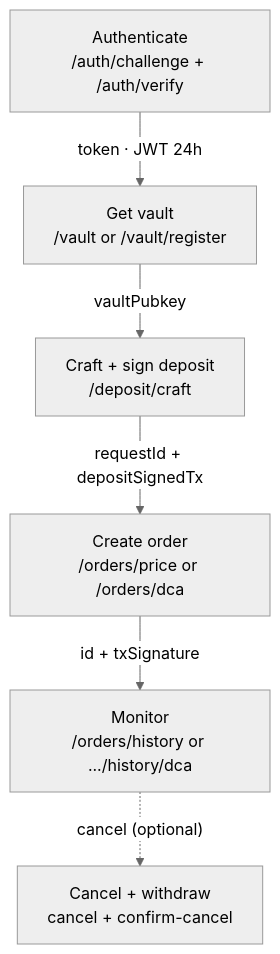
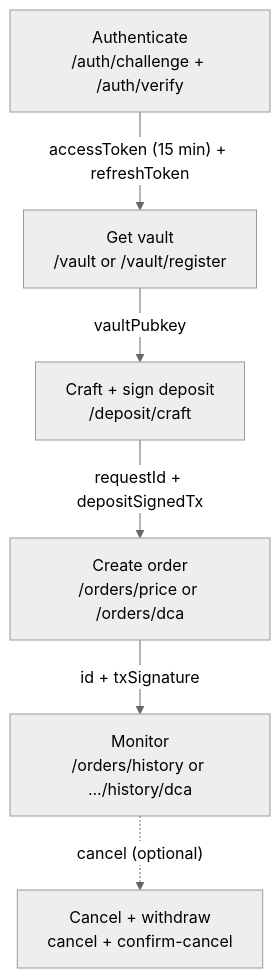
Before and after one commit to jup-ag/docs: the first of 3 diagrams in trigger/lifecycle.mdx, drawn with Mermaid (neutral theme). The commit also changed other lines of this file and 2 other files, not shown here.

Commit message:
fix: [trigger] Integration Flow and Best Practices use access_refresh and refresh once on 401

````diff
--- a/trigger/lifecycle.mdx
+++ b/trigger/lifecycle.mdx
@@ -19,8 +19,8 @@
 ```mermaid
 flowchart TD
-    A["Authenticate<br/>/auth/challenge + /auth/verify"] -->|"token · JWT 24h"| B["Get vault<br/>/vault or /vault/register"]
+    A["Authenticate<br/>/auth/challenge + /auth/verify"] -->|"accessToken (15 min) + refreshToken"| B["Get vault<br/>/vault or /vault/register"]
     B -->|"vaultPubkey"| C["Craft + sign deposit<br/>/deposit/craft"]
     C -->|"requestId + depositSignedTx"| D["Create order<br/>/orders/price or /orders/dca"]
     D -->|"id + txSignature"| E["Monitor<br/>/orders/history or .../history/dca"]
     E -.->|"cancel (optional)"| F["Cancel + withdraw<br/>cancel + confirm-cancel"]
 ```
````
